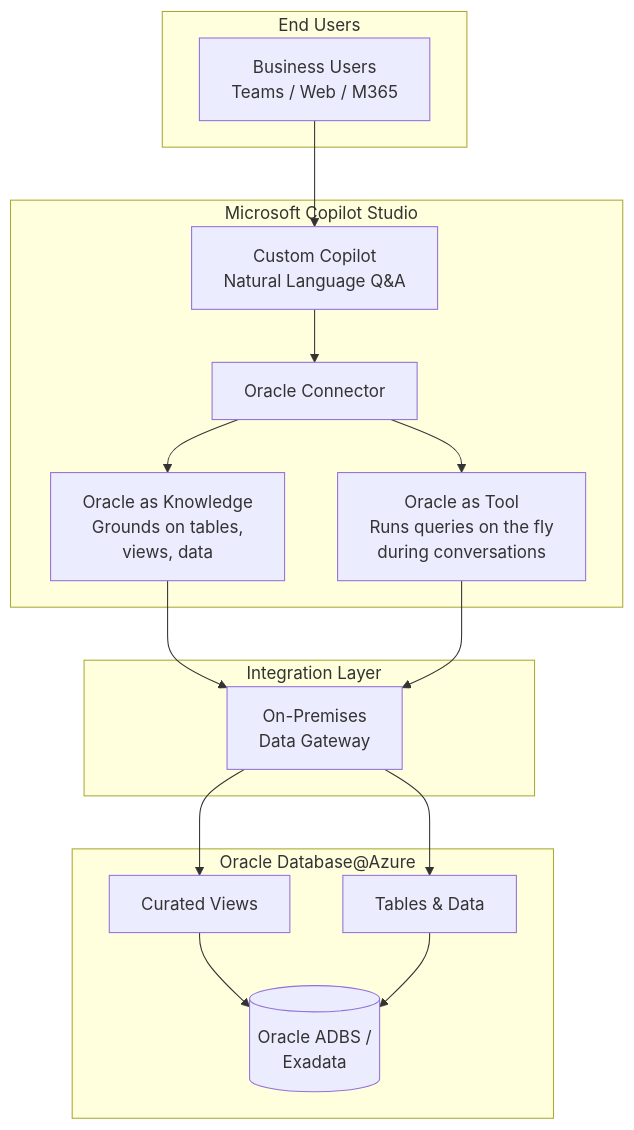
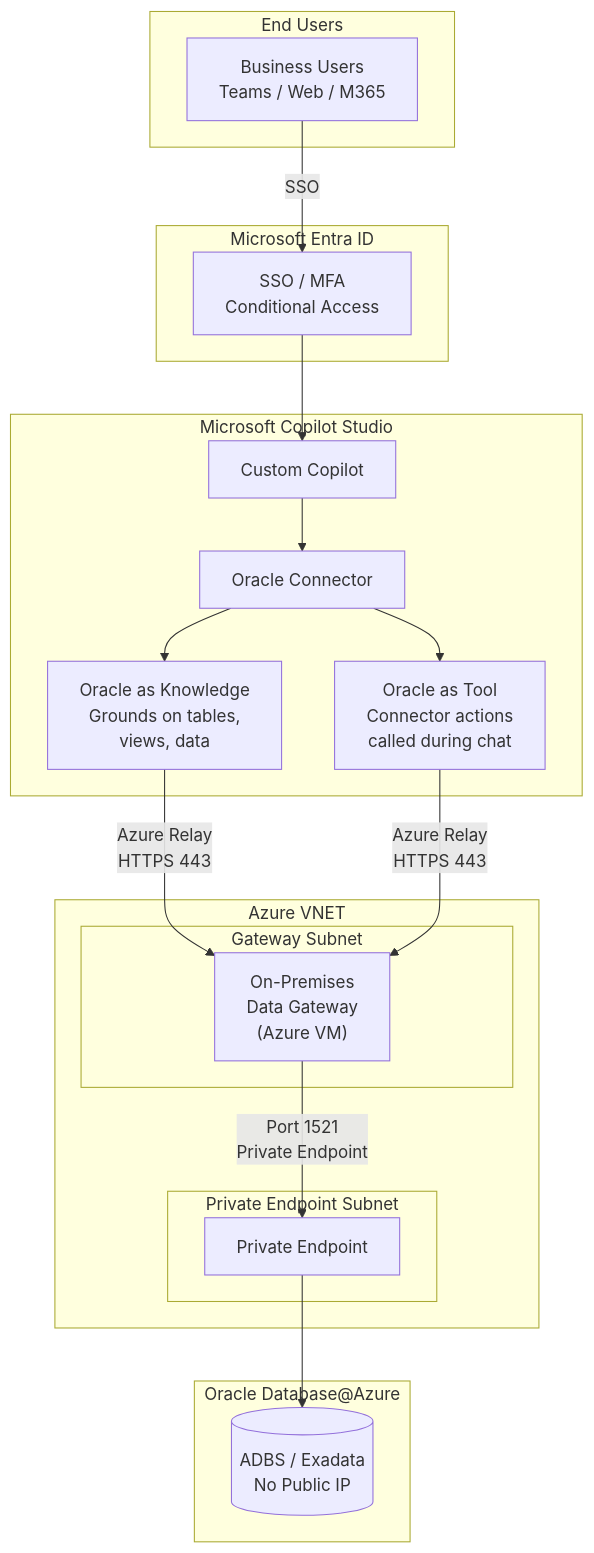
Before and after one commit to ryellajo12/ODAA-AI-Playbook: the first of 7 diagrams in docs/02-reference-architectures.md, drawn with Mermaid. The commit also changed other lines of this file and 1 other file, not shown here.

Commit message:
Update Copilot Studio to connector-only approach with Entra ID and private networking
- Removed all ORDS references from Pattern 1A (connector-only)
- Added Entra ID authentication section with SSO/MFA/Conditional Access flow diagram
- Added private networking section with VNET/Private Endpoint/NSG architecture diagram
- Updated all diagrams to show Entra ID + Private Endpoint + Azure Relay flow
- Updated prerequisites, setup steps, design considerations, and sample configs
- Updated reference architectures diagram for Pattern 1A to match

````diff
--- a/docs/02-reference-architectures.md
+++ b/docs/02-reference-architectures.md
@@ -24,34 +24,40 @@
 ```mermaid
 graph TB
-    subgraph Users["&nbsp;&nbsp;End Users"]
+    subgraph Users["End Users"]
         BU["Business Users<br/>Teams / Web / M365"]
     end
 
-    subgraph CS["&nbsp;&nbsp;Microsoft Copilot Studio"]
-        COP["Custom Copilot<br/>Natural Language Q&A"]
+    subgraph EntraID["Microsoft Entra ID"]
+        AUTH["SSO / MFA<br/>Conditional Access"]
+    end
+
+    subgraph CS["Microsoft Copilot Studio"]
+        COP["Custom Copilot"]
         C["Oracle Connector"]
         K["Oracle as Knowledge<br/>Grounds on tables,<br/>views, data"]
-        T["Oracle as Tool<br/>Runs queries on the fly<br/>during conversations"]
+        T["Oracle as Tool<br/>Connector actions<br/>called during chat"]
     end
 
-    subgraph Integration["&nbsp;&nbsp;Integration Layer"]
-        GATEWAY["On-Premises<br/>Data Gateway"]
+    subgraph VNET["Azure VNET"]
+        subgraph GWSub["Gateway Subnet"]
+            GATEWAY["On-Premises<br/>Data Gateway<br/>(Azure VM)"]
+        end
+        subgraph PESub["Private Endpoint Subnet"]
+            PE["Private Endpoint"]
+        end
     end
 
-    subgraph ODA["&nbsp;&nbsp;Oracle Database@Azure"]
-        TABLES["Tables & Data"]
-        VIEWS["Curated Views"]
-        DB[("Oracle ADBS /<br/>Exadata")]
+    subgraph ODA["Oracle Database@Azure"]
+        DB[("ADBS / Exadata<br/>No Public IP")]
     end
 
-    BU --> COP
+    BU -->|SSO| AUTH
+    AUTH --> COP
     COP --> C
     C --> K
     C --> T
-    K --> GATEWAY
-    T --> GATEWAY
-    GATEWAY --> TABLES
-    GATEWAY --> VIEWS
-    VIEWS --> DB
-    TABLES --> DB
+    K -->|Azure Relay<br/>HTTPS 443| GATEWAY
+    T -->|Azure Relay<br/>HTTPS 443| GATEWAY
+    GATEWAY -->|Port 1521<br/>Private Endpoint| PE
+    PE --> DB
 ```
````
